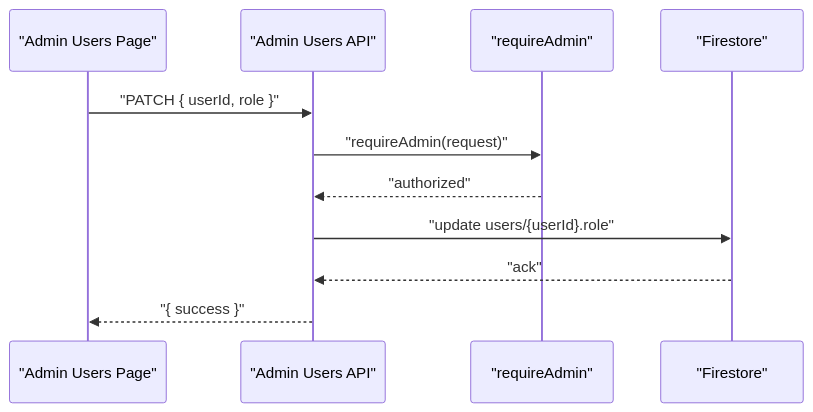
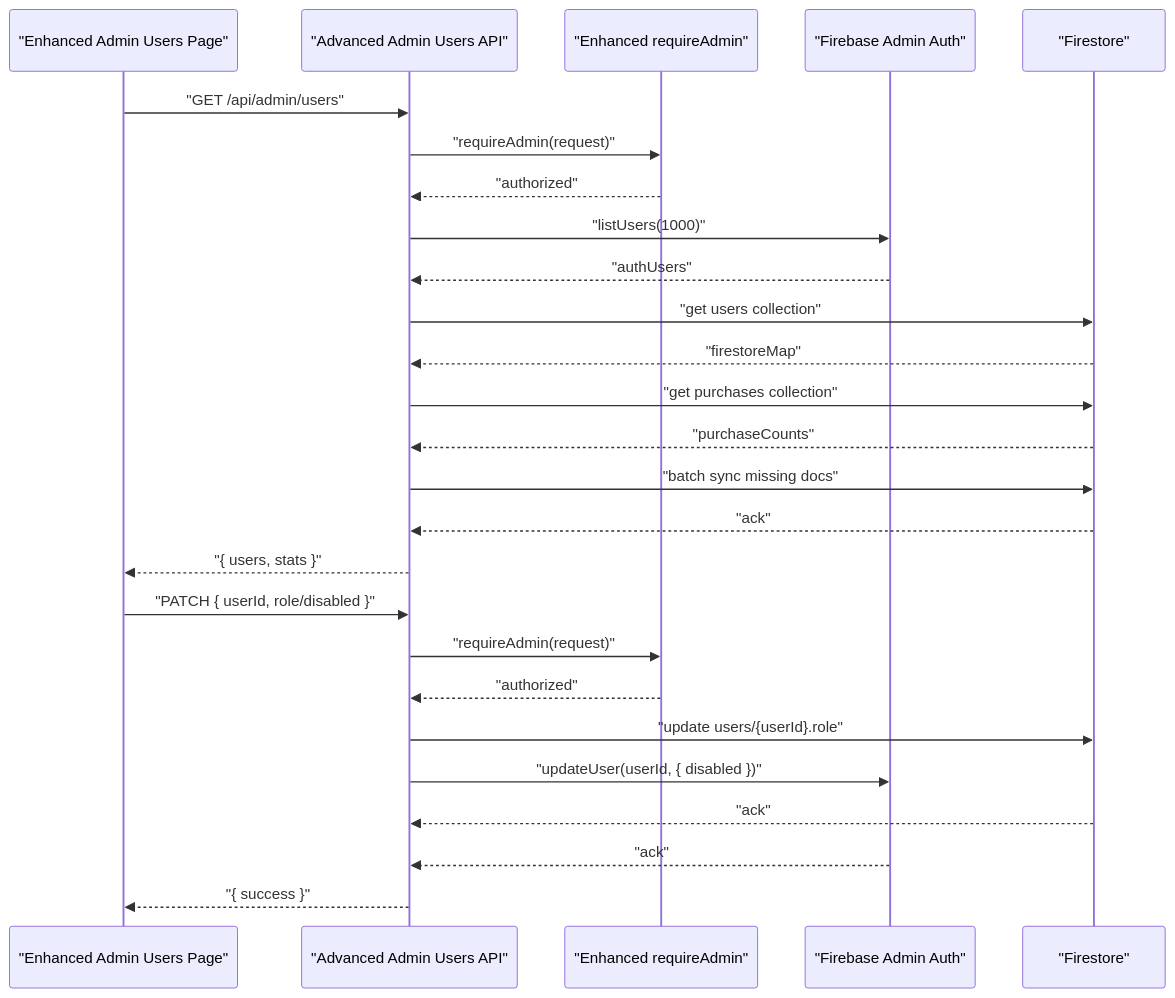
One commit to alikizang/datafrica changed the fourth of 6 diagrams in .qoder/repowiki/en/content/Admin Panel/User Administration System.md. Above: the diagram before and after it, drawn with Mermaid. The commit also changed other lines of this file and 21 other files, not shown here.

````diff
--- a/.qoder/repowiki/en/content/Admin Panel/User Administration System.md
+++ b/.qoder/repowiki/en/content/Admin Panel/User Administration System.md
@@ -202,13 +259,28 @@
 ```mermaid
 sequenceDiagram
-participant Client as "Admin Users Page"
-participant API as "Admin Users API"
-participant MW as "requireAdmin"
+participant Client as "Enhanced Admin Users Page"
+participant API as "Advanced Admin Users API"
+participant MW as "Enhanced requireAdmin"
+participant FA as "Firebase Admin Auth"
 participant FS as "Firestore"
-Client->>API : "PATCH { userId, role }"
+Client->>API : "GET /api/admin/users"
+API->>MW : "requireAdmin(request)"
+MW-->>API : "authorized"
+API->>FA : "listUsers(1000)"
+FA-->>API : "authUsers"
+API->>FS : "get users collection"
+FS-->>API : "firestoreMap"
+API->>FS : "get purchases collection"
+FS-->>API : "purchaseCounts"
+API->>FS : "batch sync missing docs"
+FS-->>API : "ack"
+API-->>Client : "{ users, stats }"
+Client->>API : "PATCH { userId, role/disabled }"
 API->>MW : "requireAdmin(request)"
 MW-->>API : "authorized"
 API->>FS : "update users/{userId}.role"
+API->>FA : "updateUser(userId, { disabled })"
 FS-->>API : "ack"
+FA-->>API : "ack"
 API-->>Client : "{ success }"
 ```
````
